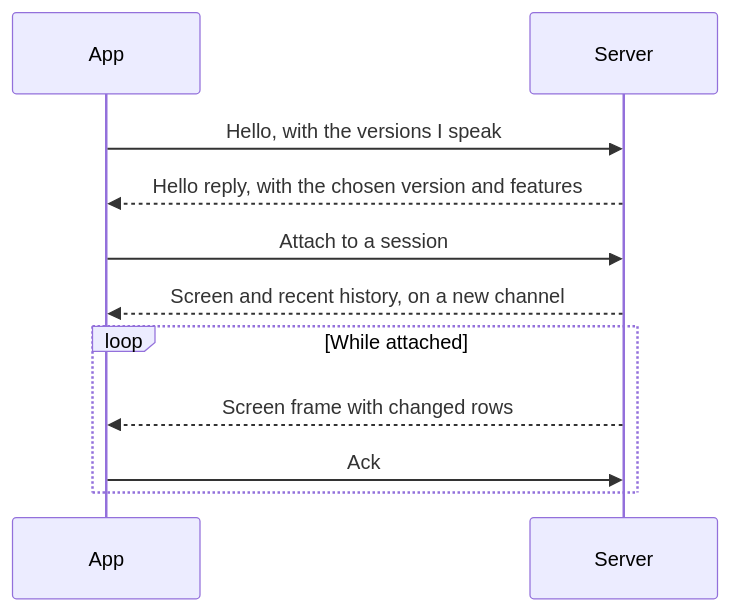
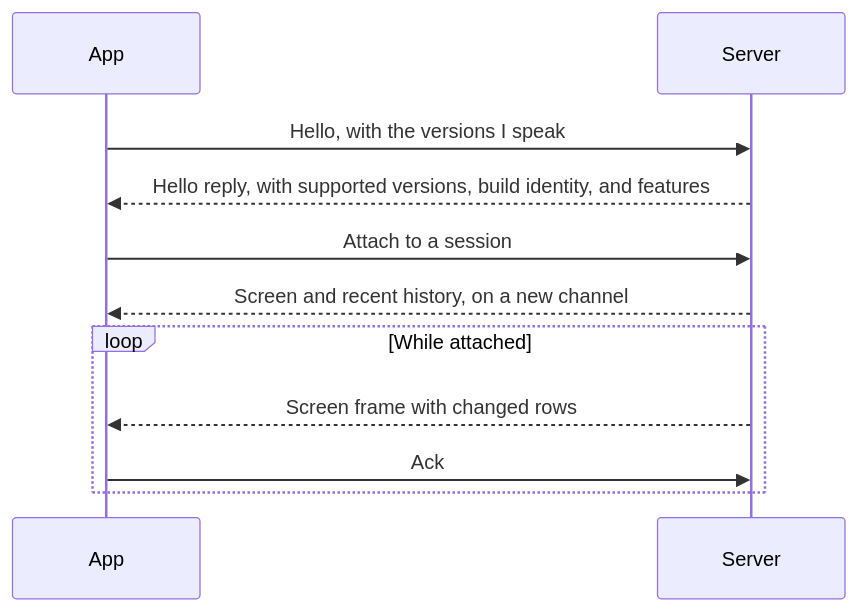
The first of 2 diagrams in docs/tech/protocol.md (teomurgi/murvix), drawn with Mermaid before and after one commit. The commit also changed other lines of this file and 43 other files, not shown here.

````diff
--- a/docs/tech/protocol.md
+++ b/docs/tech/protocol.md
@@ -15,13 +15,13 @@
 ```mermaid
 sequenceDiagram
     participant App
     participant Server
     App->>Server: Hello, with the versions I speak
-    Server-->>App: Hello reply, with the chosen version and features
+    Server-->>App: Hello reply, with supported versions, build identity, and features
     App->>Server: Attach to a session
     Server-->>App: Screen and recent history, on a new channel
     loop While attached
         Server-->>App: Screen frame with changed rows
         App->>Server: Ack
     end
 ```
````
